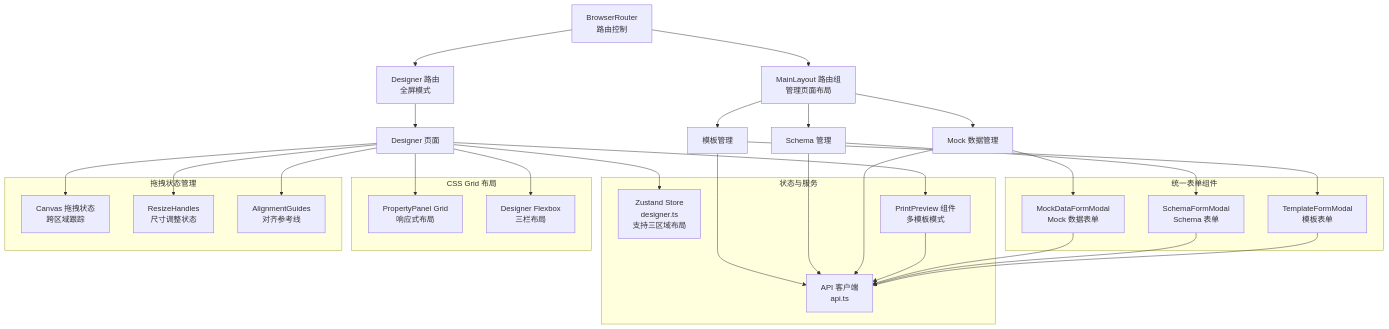
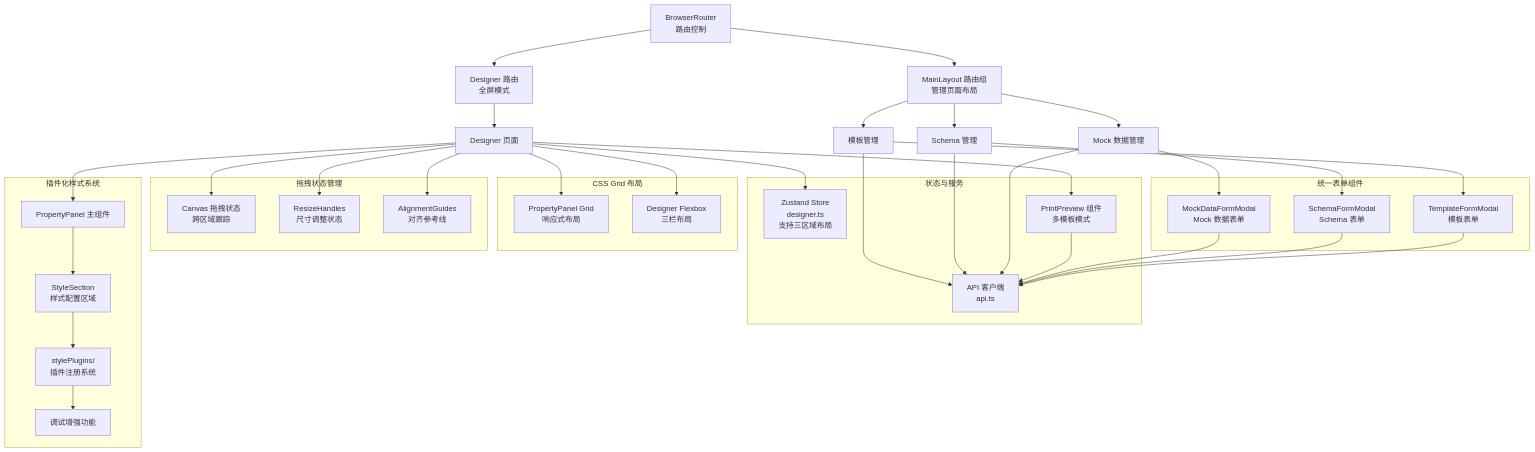
One commit to joker-yjc/printer changed the second of 15 diagrams in .qoder/repowiki/zh/content/设计器前端应用/架构设计.md. Above: the diagram before and after it, drawn with Mermaid. The commit also changed other lines of this file and 3 other files, not shown here.

````diff
--- a/.qoder/repowiki/zh/content/设计器前端应用/架构设计.md
+++ b/.qoder/repowiki/zh/content/设计器前端应用/架构设计.md
@@ -214,45 +242,55 @@
 ```mermaid
 graph TB
 R["BrowserRouter<br/>路由控制"] --> L1["Designer 路由<br/>全屏模式"]
 R --> L2["MainLayout 路由组<br/>管理页面布局"]
 L1 --> P1["Designer 页面"]
 L2 --> P2["模板管理"]
 L2 --> P3["Schema 管理"]
 L2 --> P4["Mock 数据管理"]
 subgraph "状态与服务"
 Z["Zustand Store<br/>designer.ts<br/>支持三区域布局"]
 S["API 客户端<br/>api.ts"]
 PP["PrintPreview 组件<br/>多模板模式"]
 end
 subgraph "统一表单组件"
 M["MockDataFormModal<br/>Mock 数据表单"]
 SC["SchemaFormModal<br/>Schema 表单"]
 T["TemplateFormModal<br/>模板表单"]
 end
 subgraph "CSS Grid 布局"
 GP["PropertyPanel Grid<br/>响应式布局"]
 DP["Designer Flexbox<br/>三栏布局"]
 end
 subgraph "拖拽状态管理"
 C["Canvas 拖拽状态<br/>跨区域跟踪"]
 RH["ResizeHandles<br/>尺寸调整状态"]
 AG["AlignmentGuides<br/>对齐参考线"]
 end
+subgraph "插件化样式系统"
+PS["PropertyPanel 主组件"]
+SS["StyleSection<br/>样式配置区域"]
+SP["stylePlugins/<br/>插件注册系统"]
+DE["调试增强功能"]
+end
 P1 --> Z
 P1 --> PP
 P1 --> GP
 P1 --> DP
 P1 --> C
 P1 --> RH
 P1 --> AG
+P1 --> PS
+PS --> SS
+SS --> SP
+SP --> DE
 P2 --> S
 P2 --> T
 P3 --> S
 P3 --> SC
 P4 --> S
 P4 --> M
 PP --> S
 M --> S
 SC --> S
 T --> S
 ```
````
